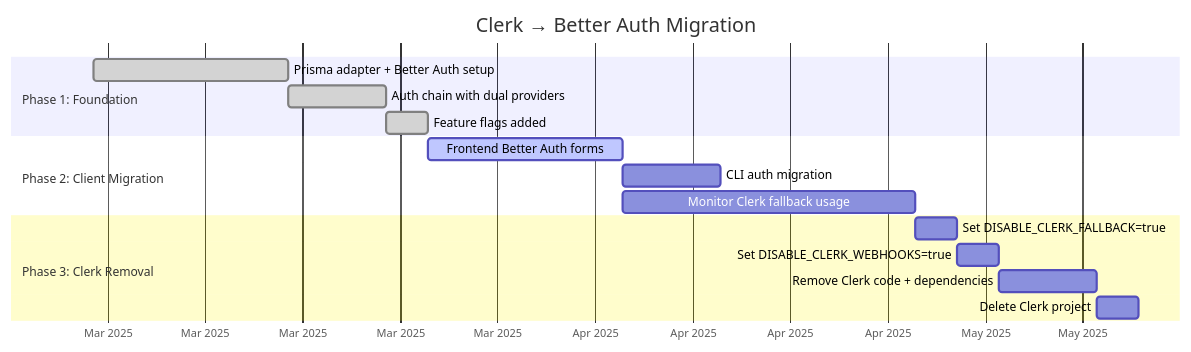
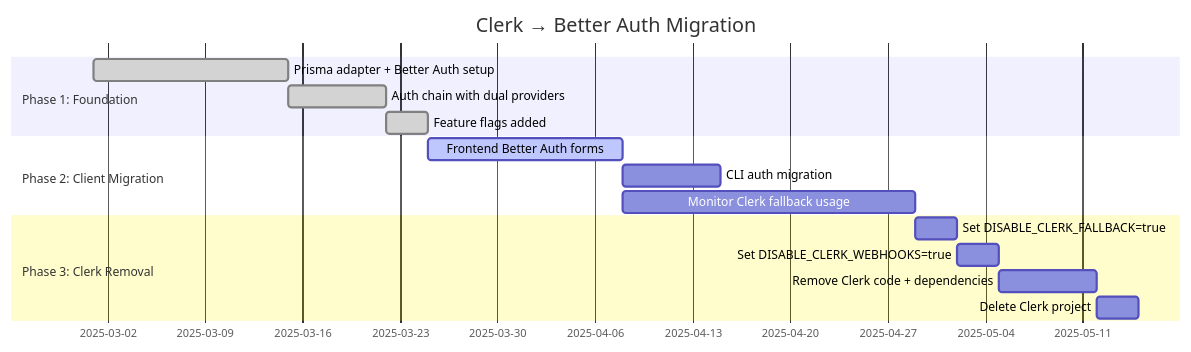
One commit to jaypatrick/adblock-compiler changed the third of 3 diagrams in docs/auth/auth-chain-reference.md. Above: the diagram before and after it, drawn with Mermaid. The commit also changed other lines of this file and 6 other files, not shown here.

First line of the commit message:
fix: Mermaid diagram errors, dark theme compatibility, and mdhelp scroll reset (#1540)

````diff
--- a/docs/auth/auth-chain-reference.md
+++ b/docs/auth/auth-chain-reference.md
@@ -342,22 +342,22 @@
 ```mermaid
 gantt
     title Clerk → Better Auth Migration
     dateFormat YYYY-MM-DD
-    axisFormat %b %Y
+    axisFormat %Y-%m-%d
 
     section Phase 1: Foundation
     Prisma adapter + Better Auth setup     :done, p1a, 2025-03-01, 14d
     Auth chain with dual providers         :done, p1b, after p1a, 7d
     Feature flags added                    :done, p1c, after p1b, 3d
 
     section Phase 2: Client Migration
     Frontend Better Auth forms             :active, p2a, 2025-03-25, 14d
     CLI auth migration                     :p2b, after p2a, 7d
     Monitor Clerk fallback usage           :p2c, after p2a, 21d
 
     section Phase 3: Clerk Removal
     Set DISABLE_CLERK_FALLBACK=true        :p3a, after p2c, 3d
     Set DISABLE_CLERK_WEBHOOKS=true        :p3b, after p3a, 3d
     Remove Clerk code + dependencies       :p3c, after p3b, 7d
     Delete Clerk project                   :p3d, after p3c, 3d
 ```
````
